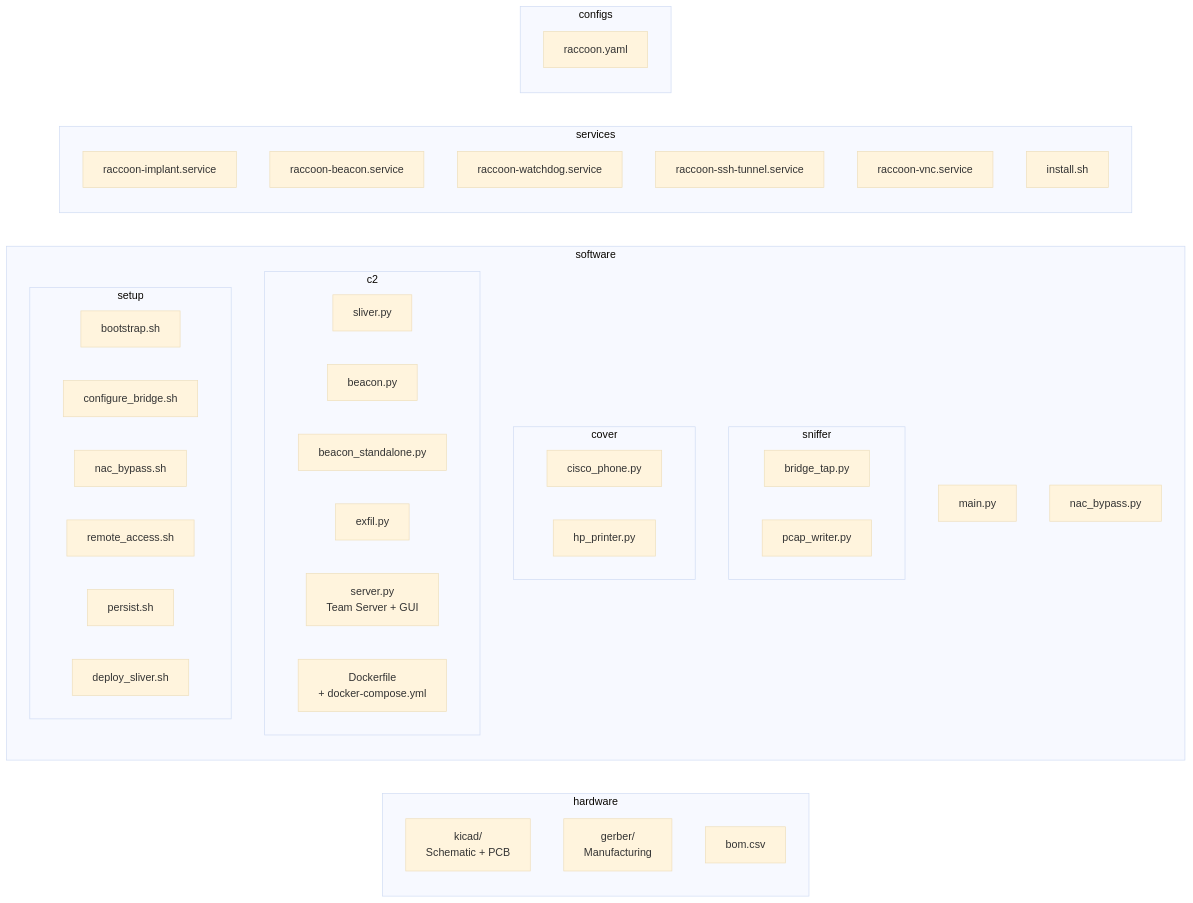
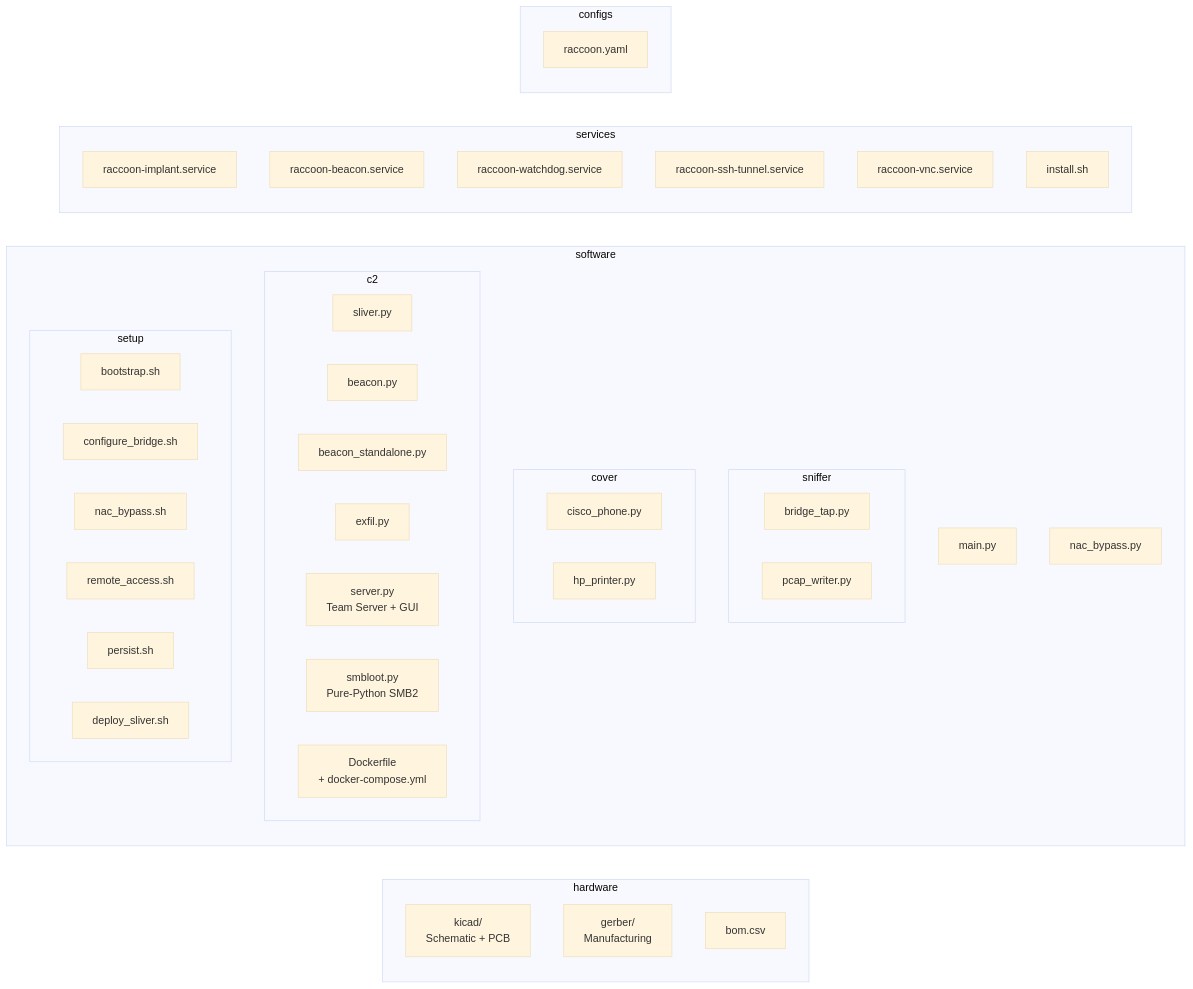
Before and after one commit to BenjiTrapp/TrashPandaPaws: diagram 11 of 11 in README.md, drawn with Mermaid (base theme). The commit also changed other lines of this file and 8 other files, not shown here.

````diff
--- a/README.md
+++ b/README.md
@@ -840,50 +936,51 @@
 ```mermaid
 graph LR
     subgraph hardware
         KICAD["kicad/<br/>Schematic + PCB"]
         GERBER["gerber/<br/>Manufacturing"]
         BOM["bom.csv"]
     end
 
     subgraph software
         MAIN_PY["main.py"]
         subgraph sniffer
             BTAP["bridge_tap.py"]
             PCAPW["pcap_writer.py"]
         end
         subgraph cover
             CISCO_PY["cisco_phone.py"]
             HP_PY["hp_printer.py"]
         end
         subgraph c2
             SLIVER_PY["sliver.py"]
             BEACON_PY["beacon.py"]
             BEACON_SA["beacon_standalone.py"]
             EXFIL_PY["exfil.py"]
             SERVER_PY["server.py<br/>Team Server + GUI"]
+            SMBLOOT_PY["smbloot.py<br/>Pure-Python SMB2"]
             DOCKER["Dockerfile<br/>+ docker-compose.yml"]
         end
         NAC_PY["nac_bypass.py"]
         subgraph setup
             BOOT["bootstrap.sh"]
             BRCFG["configure_bridge.sh"]
             NAC_SH["nac_bypass.sh"]
             REMOTE["remote_access.sh"]
             PERSIST["persist.sh"]
             DEPLOY["deploy_sliver.sh"]
         end
     end
 
     subgraph services
         SVC_IMP["raccoon-implant.service"]
         SVC_BCN["raccoon-beacon.service"]
         SVC_WD["raccoon-watchdog.service"]
         SVC_SSH["raccoon-ssh-tunnel.service"]
         SVC_VNC["raccoon-vnc.service"]
         INSTALL["install.sh"]
     end
 
     subgraph configs
         YAML["raccoon.yaml"]
     end
 ```
````
